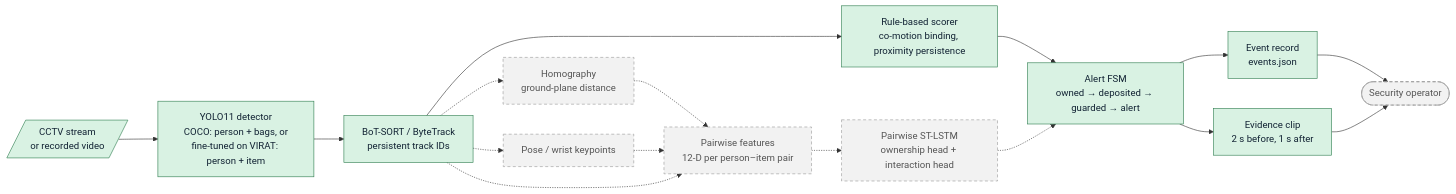
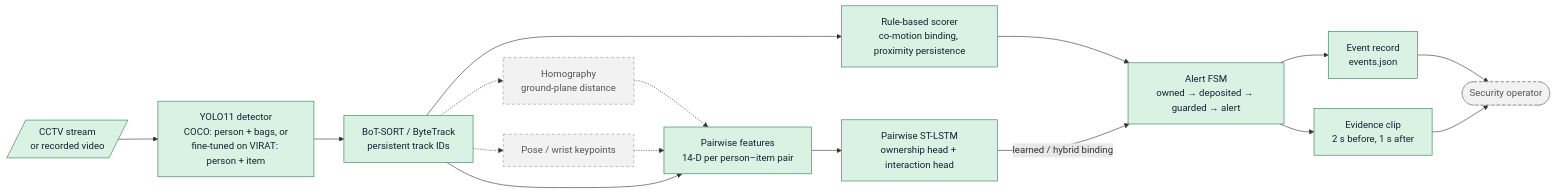
One commit to Tanu1007/WatchDog changed the first of 4 diagrams in docs/ARCHITECTURE.md. Above: the diagram before and after it, drawn with Mermaid. The commit also changed other lines of this file and 19 other files, not shown here.

First line of the commit message:
ST-LSTM owner binding inside the alert state machine

````diff
--- a/docs/ARCHITECTURE.md
+++ b/docs/ARCHITECTURE.md
@@ -7,26 +7,26 @@
 ```mermaid
 flowchart LR
     classDef done fill:#d9f2e3,stroke:#2e7d4f,color:#123;
     classDef todo fill:#f2f2f2,stroke:#999,stroke-dasharray:5 4,color:#555;
 
     CAM[/"CCTV stream<br/>or recorded video"/]:::done
     DET["YOLO11 detector<br/>COCO: person + bags, or<br/>fine-tuned on VIRAT: person + item"]:::done
     TRK["BoT-SORT / ByteTrack<br/>persistent track IDs"]:::done
     HOM["Homography<br/>ground-plane distance"]:::todo
     POSE["Pose / wrist keypoints"]:::todo
-    FEAT["Pairwise features<br/>12-D per person–item pair"]:::todo
-    LSTM["Pairwise ST-LSTM<br/>ownership head + interaction head"]:::todo
+    FEAT["Pairwise features<br/>14-D per person–item pair"]:::done
+    LSTM["Pairwise ST-LSTM<br/>ownership head + interaction head"]:::done
     RULES["Rule-based scorer<br/>co-motion binding, proximity persistence"]:::done
     FSM["Alert FSM<br/>owned → deposited → guarded → alert"]:::done
     EVT["Event record<br/>events.json"]:::done
     CLIP["Evidence clip<br/>2 s before, 1 s after"]:::done
     OPS(["Security operator"]):::todo
 
     CAM --> DET --> TRK
     TRK --> RULES --> FSM
     TRK -.-> HOM -.-> FEAT
     TRK -.-> POSE -.-> FEAT
-    TRK -.-> FEAT -.-> LSTM -.-> FSM
+    TRK --> FEAT --> LSTM -->|learned / hybrid binding| FSM
     FSM --> EVT --> OPS
     FSM --> CLIP --> OPS
 ```
````
